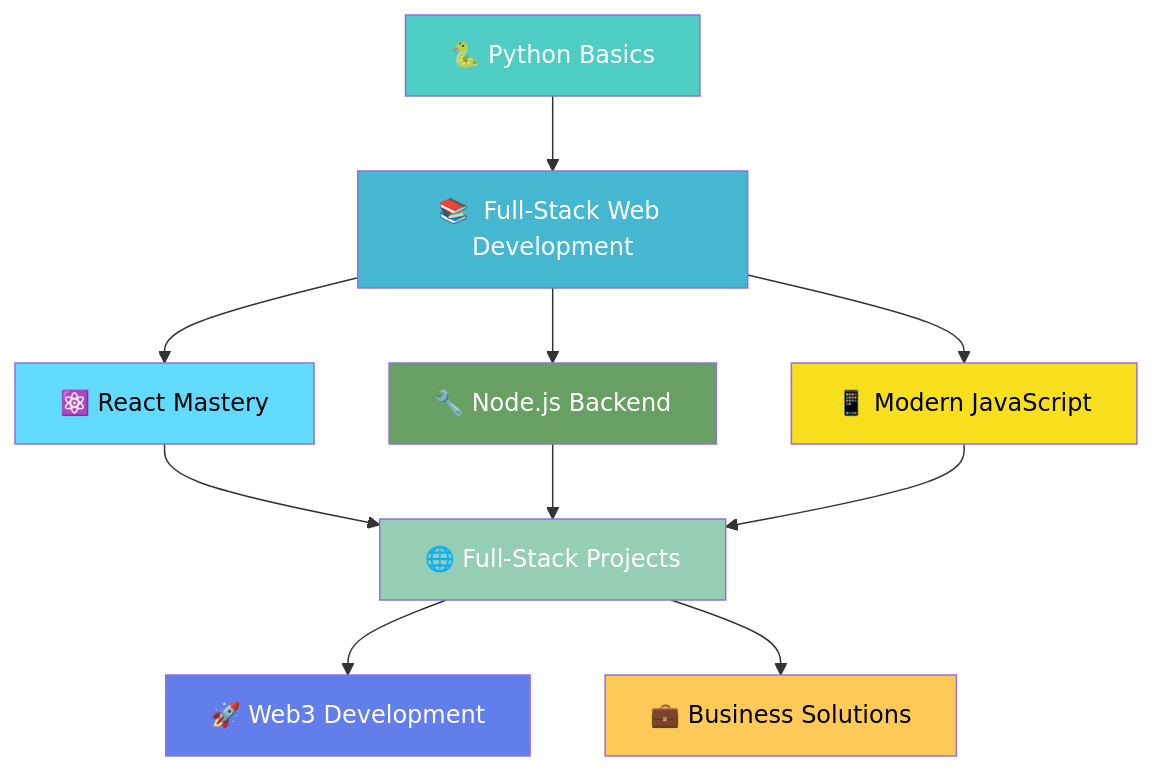
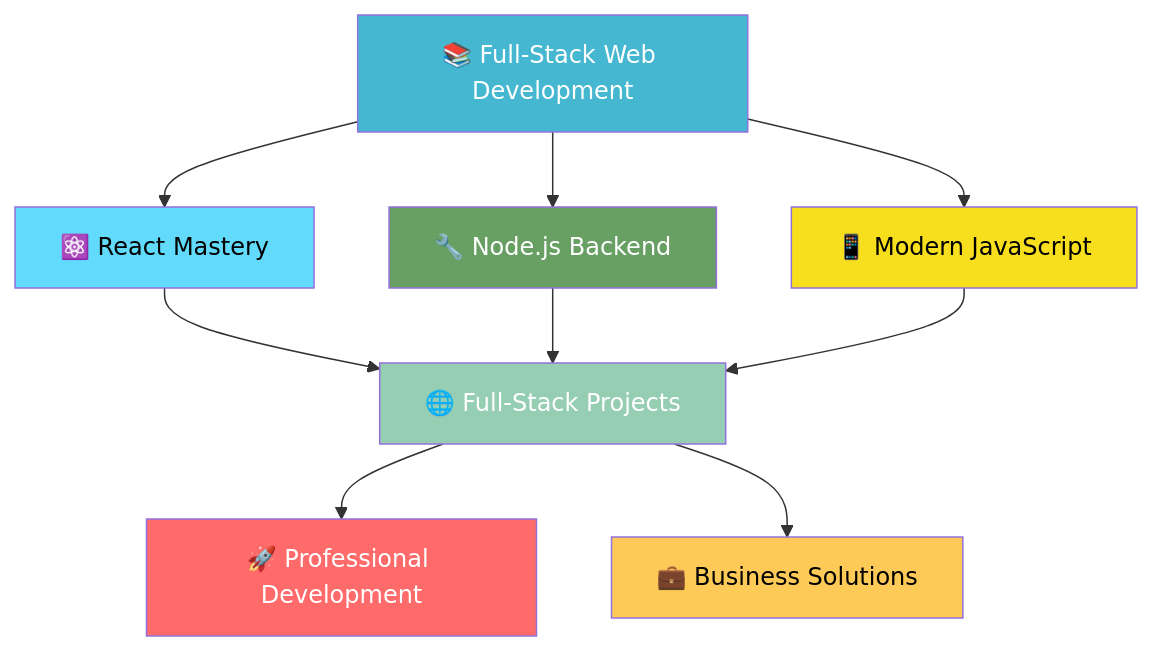
One commit to Namindu-Dinu/Namindu-Dinu changed the diagram in README.md. Above: the diagram before and after it, drawn with Mermaid. The commit also changed other lines of this file, not shown here.

````diff
--- a/README.md
+++ b/README.md
@@ -70,21 +68,21 @@
 ```mermaid
 flowchart TD
-    A[🐍 Python Basics] --> B[📚  Full-Stack Web Development]
+    B[📚 Full-Stack Web Development]
     B --> C[⚛️ React Mastery]
     B --> D[🔧 Node.js Backend]
     B --> E[📱 Modern JavaScript]
     C --> F[🌐 Full-Stack Projects]
     D --> F
     E --> F
-    F --> G[🚀 Web3 Development]
+    F --> G[🚀 Professional Development]
     F --> H[💼 Business Solutions]
     
-    style A fill:#4ecdc4,color:#fff
+    
     style B fill:#45b7d1,color:#fff
     style C fill:#61dafb,color:#000
     style D fill:#68a063,color:#fff
     style E fill:#f7df1e,color:#000
     style F fill:#96ceb4,color:#fff
-    style G fill:#627eea,color:#fff
+    style G fill:#ff6b6b,color:#fff
     style H fill:#feca57,color:#000
 ```
````
